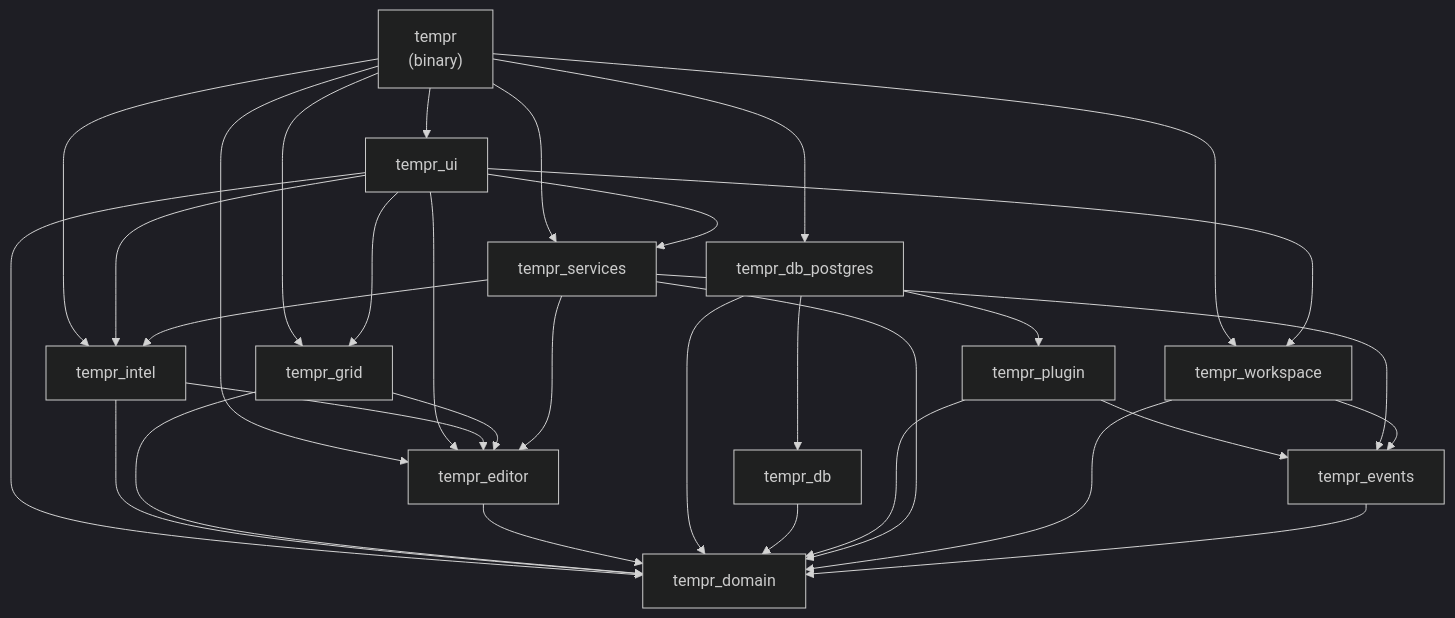
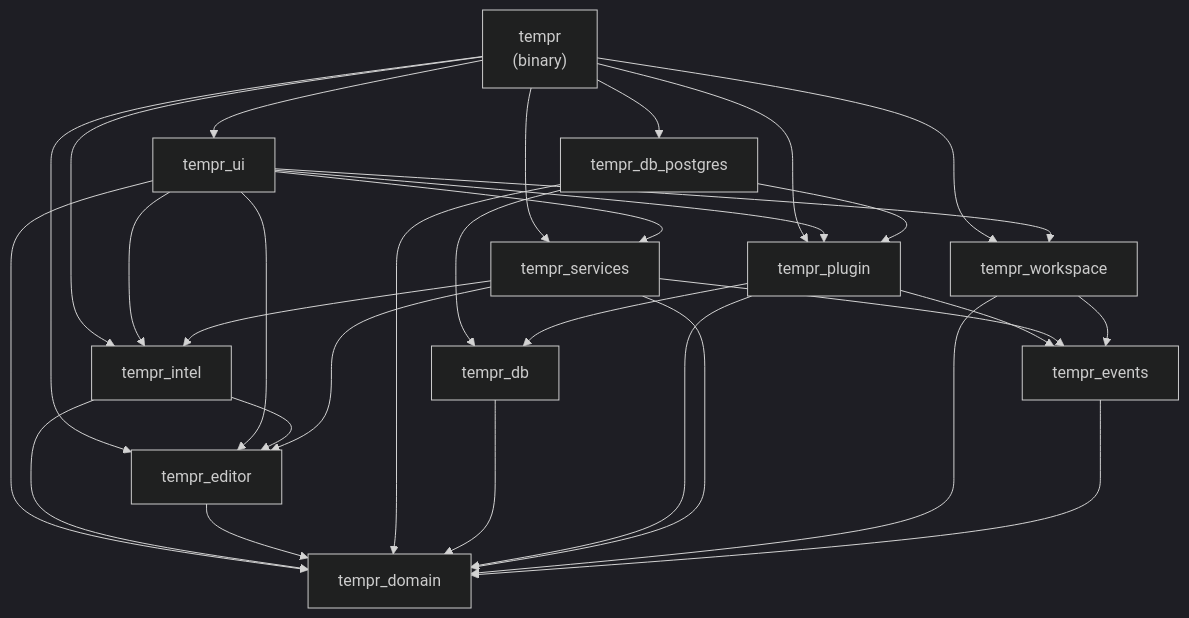
The second of 2 diagrams in docs/14-project-layout.md (mohamad-kanso/Tempr), drawn with Mermaid (dark theme) before and after one commit. The commit also changed other lines of this file and 46 other files, not shown here.

````diff
--- a/docs/14-project-layout.md
+++ b/docs/14-project-layout.md
@@ -136,59 +137,56 @@
 ```mermaid
 graph TD
     binary["tempr<br/>(binary)"]
 
     ui["tempr_ui"]
     intel["tempr_intel"]
-    grid["tempr_grid"]
     editor["tempr_editor"]
 
     db_postgres["tempr_db_postgres"]
     db["tempr_db"]
     plugin["tempr_plugin"]
     services["tempr_services"]
     workspace["tempr_workspace"]
 
     events["tempr_events"]
     domain["tempr_domain"]
 
     binary --> ui
     binary --> intel
-    binary --> grid
     binary --> editor
     binary --> db_postgres
     binary --> services
     binary --> workspace
+    binary --> plugin
 
     ui --> intel
-    ui --> grid
     ui --> editor
     ui --> services
     ui --> workspace
+    ui --> plugin
     ui --> domain
 
     intel --> domain
     intel --> editor
-
-    grid --> domain
-    grid --> editor
 
     editor --> domain
 
     db_postgres --> db
     db_postgres --> plugin
     db_postgres --> domain
 
     db --> domain
+    plugin --> db
     plugin --> domain
     plugin --> events
 
     services --> domain
     services --> events
     services --> intel
     services --> editor
 
     workspace --> domain
     workspace --> events
 
     events --> domain
 ```
````
